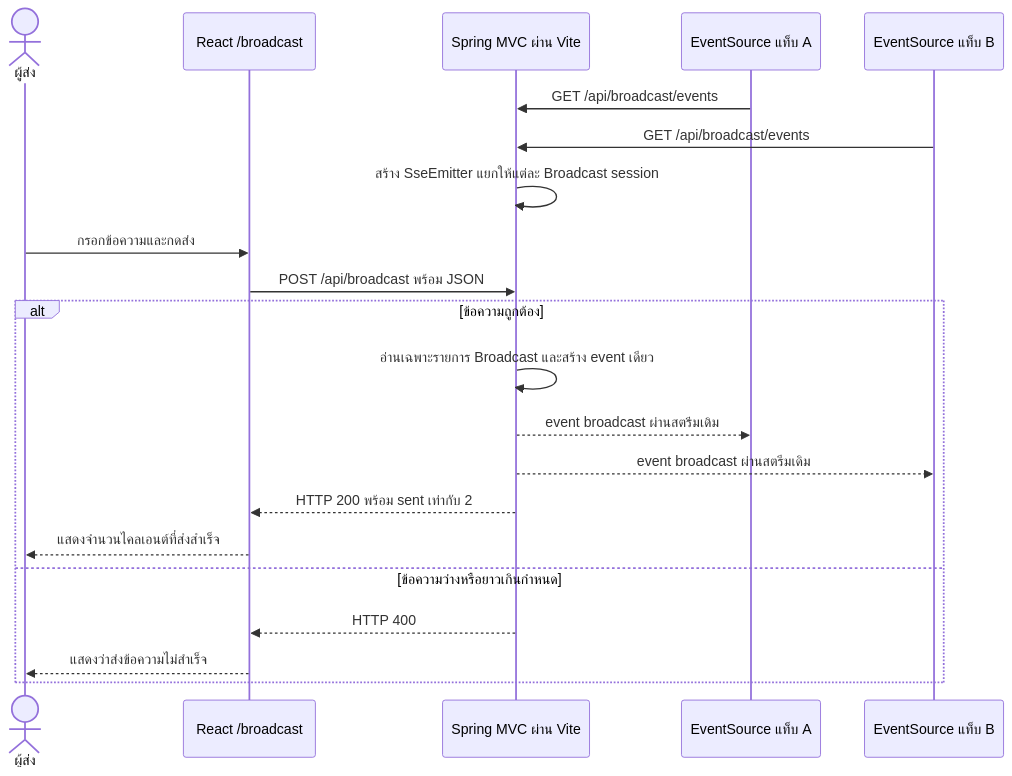
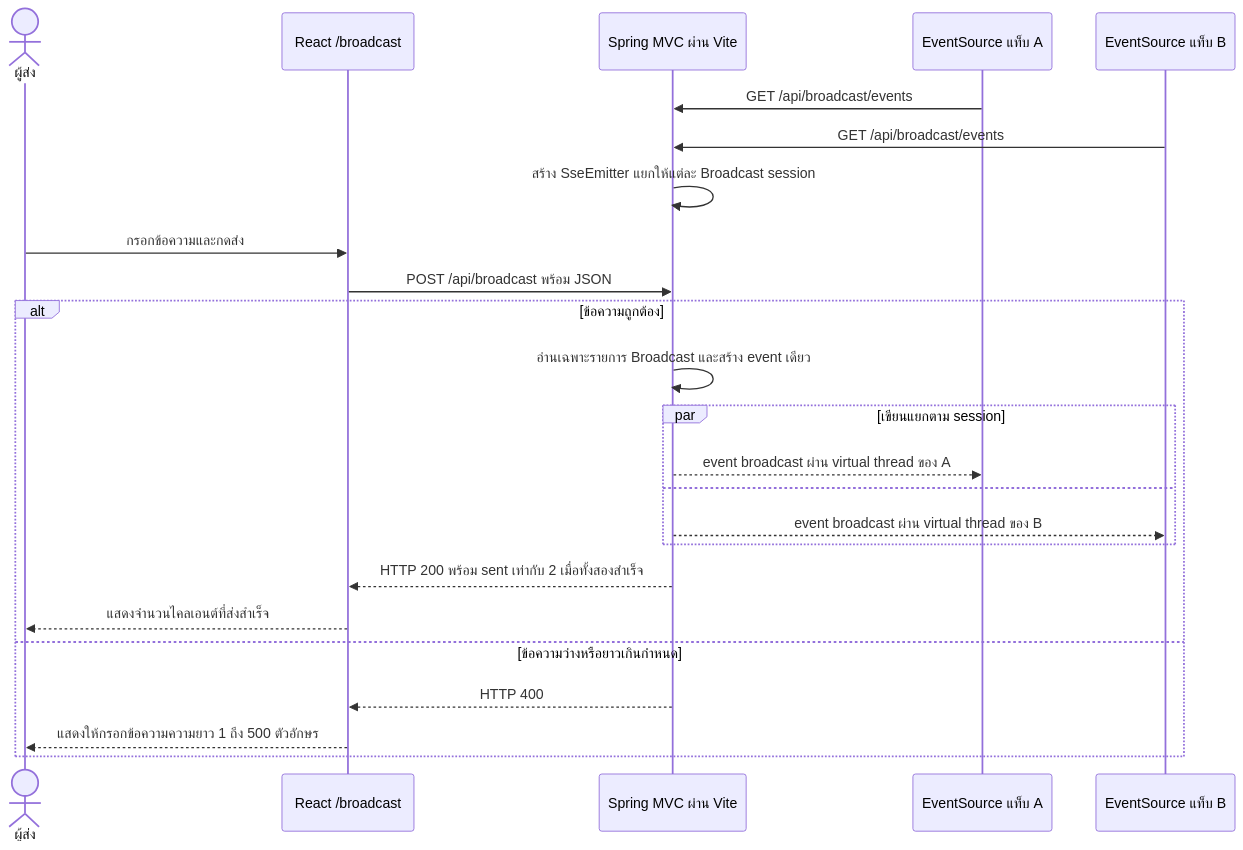
The fifth of 5 diagrams in README.md (chiwa/spring-boot-sse-demo), drawn with Mermaid before and after one commit. The commit also changed other lines of this file and 29 other files, not shown here.

````diff
--- a/README.md
+++ b/README.md
@@ -132,24 +218,27 @@
 ```mermaid
 sequenceDiagram
     actor U as ผู้ส่ง
     participant B as React /broadcast
     participant C as Spring MVC ผ่าน Vite
     participant A as EventSource แท็บ A
     participant D as EventSource แท็บ B
 
     A->>C: GET /api/broadcast/events
     D->>C: GET /api/broadcast/events
     C->>C: สร้าง SseEmitter แยกให้แต่ละ Broadcast session
     U->>B: กรอกข้อความและกดส่ง
     B->>C: POST /api/broadcast พร้อม JSON
     alt ข้อความถูกต้อง
         C->>C: อ่านเฉพาะรายการ Broadcast และสร้าง event เดียว
-        C-->>A: event broadcast ผ่านสตรีมเดิม
-        C-->>D: event broadcast ผ่านสตรีมเดิม
-        C-->>B: HTTP 200 พร้อม sent เท่ากับ 2
+        par เขียนแยกตาม session
+            C-->>A: event broadcast ผ่าน virtual thread ของ A
+        and
+            C-->>D: event broadcast ผ่าน virtual thread ของ B
+        end
+        C-->>B: HTTP 200 พร้อม sent เท่ากับ 2 เมื่อทั้งสองสำเร็จ
         B-->>U: แสดงจำนวนไคลเอนต์ที่ส่งสำเร็จ
     else ข้อความว่างหรือยาวเกินกำหนด
         C-->>B: HTTP 400
-        B-->>U: แสดงว่าส่งข้อความไม่สำเร็จ
+        B-->>U: แสดงให้กรอกข้อความความยาว 1 ถึง 500 ตัวอักษร
     end
 ```
````
